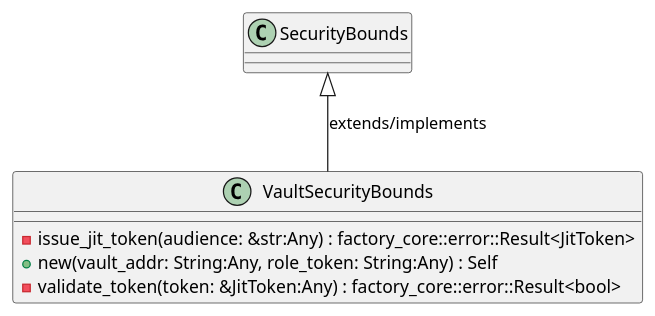
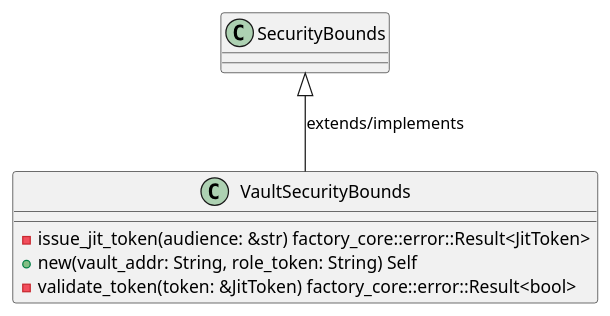
Before and after one commit to lgcorzo/rust_CACD_autonomous_factory: the first of 6 diagrams in openwiki/crates_factory_infrastructure_src_vault.md, drawn with PlantUML. The commit also changed other lines of this file and 97 other files, not shown here.

First line of the commit message:
Fix Rust AST parsing for method and function parameters, and update OKF UML frontmatter

````diff
--- a/openwiki/crates_factory_infrastructure_src_vault.md
+++ b/openwiki/crates_factory_infrastructure_src_vault.md
@@ -74,11 +79,11 @@
 ```plantuml
 @startuml
 class VaultSecurityBounds {
-    -issue_jit_token(audience: &str:Any) : factory_core::error::Result<JitToken>
-    +new(vault_addr: String:Any, role_token: String:Any) : Self
-    -validate_token(token: &JitToken:Any) : factory_core::error::Result<bool>
+    -issue_jit_token(audience: &str) factory_core::error::Result<JitToken>
+    +new(vault_addr: String, role_token: String) Self
+    -validate_token(token: &JitToken) factory_core::error::Result<bool>
 }
 SecurityBounds <|-- VaultSecurityBounds : extends/implements
 @enduml
 
 ```
````
